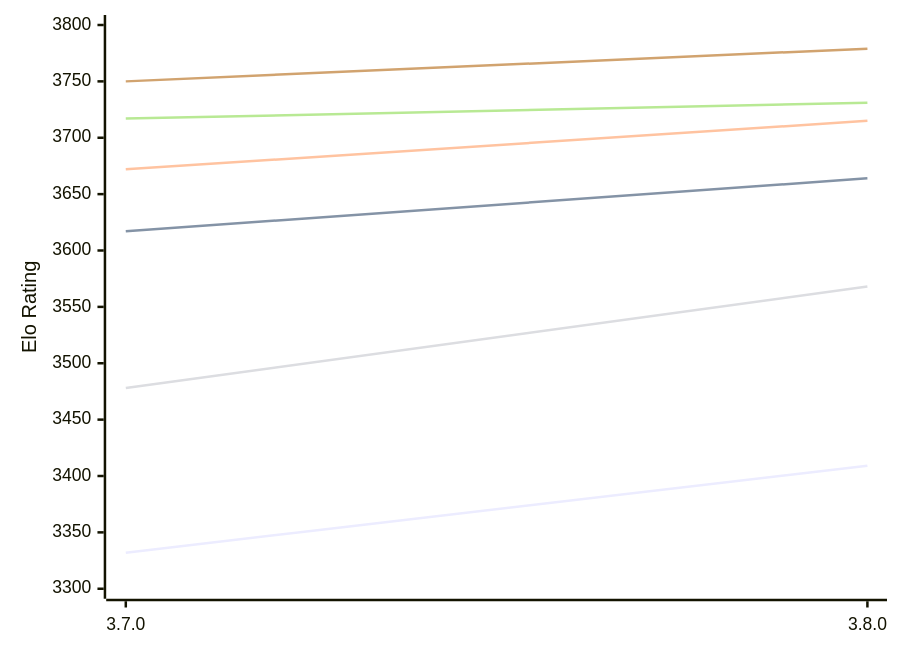
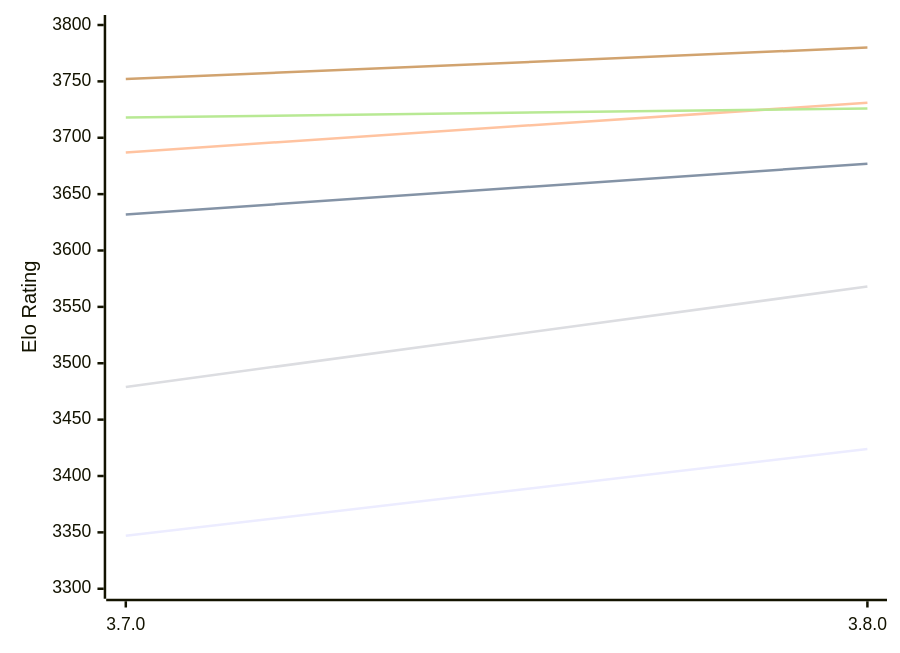
One commit to computer-chess-index/cci changed the first of 2 diagrams in engines/Igel.md. Above: the diagram before and after it, drawn with Mermaid. The commit also changed other lines of this file, not shown here.

Commit message:
Update CCI Ratings (ELO VLTC) - 2026-11-11

````diff
--- a/engines/Igel.md
+++ b/engines/Igel.md
@@ -51,12 +51,12 @@
 ```mermaid
 %%{init: {"theme":"base","themeVariables":{"seriesColors:['#a3a3a3','#222221','#faa371']}}}%%
 xychart-beta
   x-axis ["3.7.0", "3.8.0"]
   y-axis "Elo Rating" 3300 --> 3800
-  line "E1: STC (8.0+0.08s)" [3332, 3409]
-  line "E1: LTC (60.0+0.60s)" [3617, 3664]
-  line "E1: VLTC (2m24s+1.12s)" [3672, 3715]
-  line "P1: STC (8.0+0.08s)" [3478, 3568]
-  line "P1: LTC (60.0+0.60s)" [3717, 3731]
-  line "P1: VLTC (2m24s+1.12s)" [3750, 3779]
+  line "E1: STC (8.0+0.08s)" [3347, 3424]
+  line "E1: LTC (60.0+0.60s)" [3632, 3677]
+  line "E1: VLTC (2m24s+1.12s)" [3687, 3731]
+  line "P1: STC (8.0+0.08s)" [3479, 3568]
+  line "P1: LTC (60.0+0.60s)" [3718, 3726]
+  line "P1: VLTC (2m24s+1.12s)" [3752, 3780]
 ```
````
